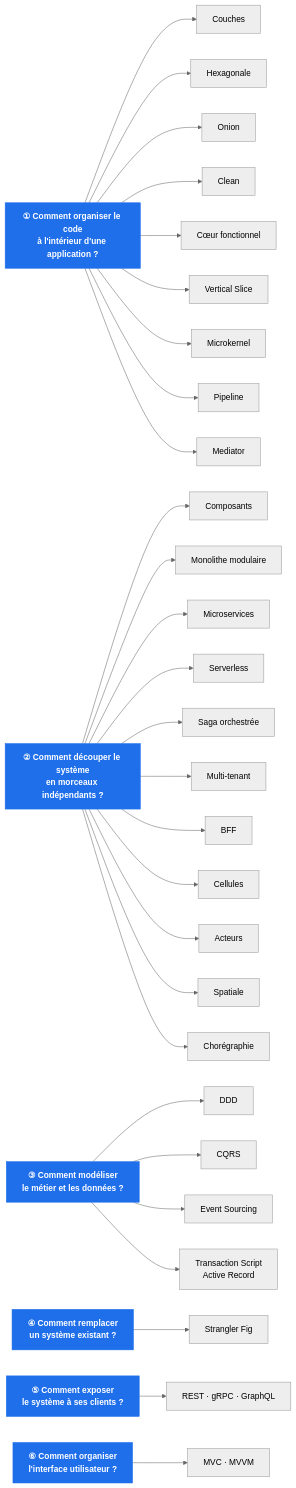
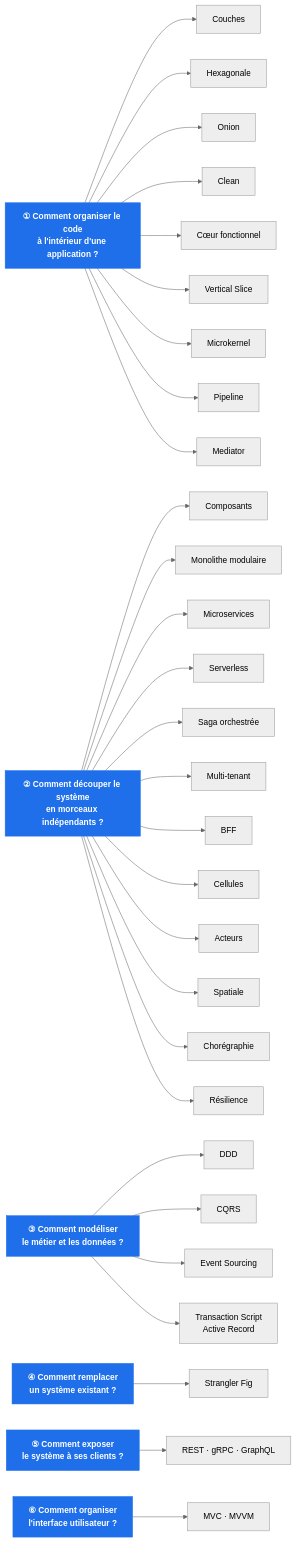
Before and after one commit to drangoht/ArchitecturesDemo: the first of 4 diagrams in Docs/README.md, drawn with Mermaid (neutral theme). The commit also changed other lines of this file and 61 other files, not shown here.

````diff
--- a/Docs/README.md
+++ b/Docs/README.md
@@ -70,45 +71,46 @@
 ```mermaid
 flowchart LR
     Q1["<b>① Comment organiser le code<br/>à l'intérieur d'une application ?</b>"]
     Q2["<b>② Comment découper le système<br/>en morceaux indépendants ?</b>"]
     Q3["<b>③ Comment modéliser<br/>le métier et les données ?</b>"]
     Q4["<b>④ Comment remplacer<br/>un système existant ?</b>"]
     Q5["<b>⑤ Comment exposer<br/>le système à ses clients ?</b>"]
     Q6["<b>⑥ Comment organiser<br/>l'interface utilisateur ?</b>"]
 
     Q1 --> C0["Couches"]
     Q1 --> C1["Hexagonale"]
     Q1 --> C2["Onion"]
     Q1 --> C3["Clean"]
     Q1 --> C4["Cœur fonctionnel"]
     Q1 --> C5["Vertical Slice"]
     Q1 --> C13["Microkernel"]
     Q1 --> C20["Pipeline"]
     Q1 --> C26["Mediator"]
 
     Q2 --> D6["Composants"]
     Q2 --> D7["Monolithe modulaire"]
     Q2 --> D8["Microservices"]
     Q2 --> D12["Serverless"]
     Q2 --> D14["Saga orchestrée"]
     Q2 --> D15["Multi-tenant"]
     Q2 --> D16["BFF"]
     Q2 --> D17["Cellules"]
     Q2 --> D18["Acteurs"]
     Q2 --> D19["Spatiale"]
     Q2 --> D21["Chorégraphie"]
+    Q2 --> D27["Résilience"]
 
     Q3 --> M11["DDD"]
     Q3 --> M9["CQRS"]
     Q3 --> M10["Event Sourcing"]
     Q3 --> M25["Transaction Script<br/>Active Record"]
 
     Q4 --> S22["Strangler Fig"]
 
     Q5 --> E23["REST · gRPC · GraphQL"]
 
     Q6 --> P24["MVC · MVVM"]
 
     classDef q fill:#1f6feb,color:#fff,stroke:#1f6feb
     class Q1,Q2,Q3,Q4,Q5,Q6 q
 ```
````
